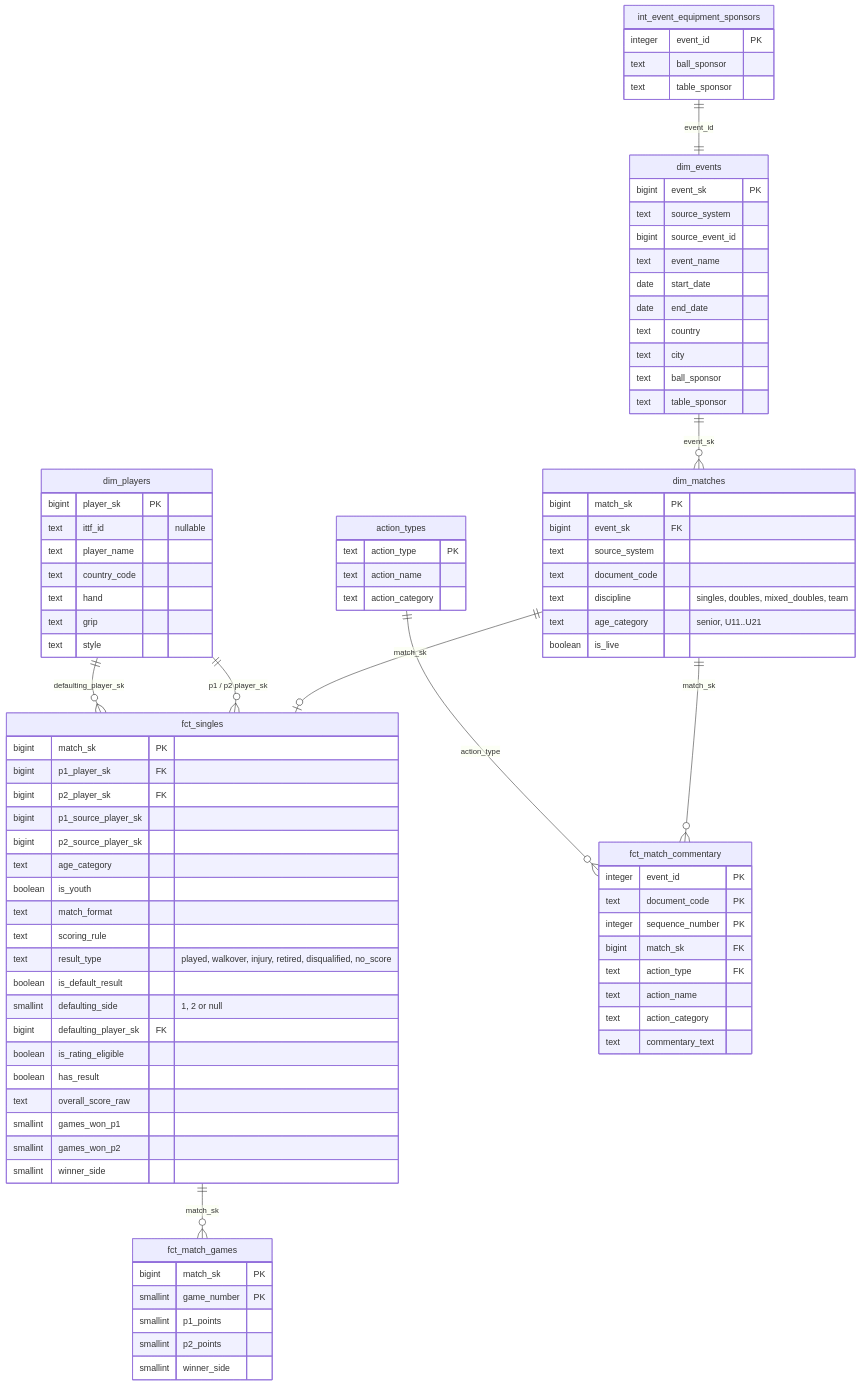
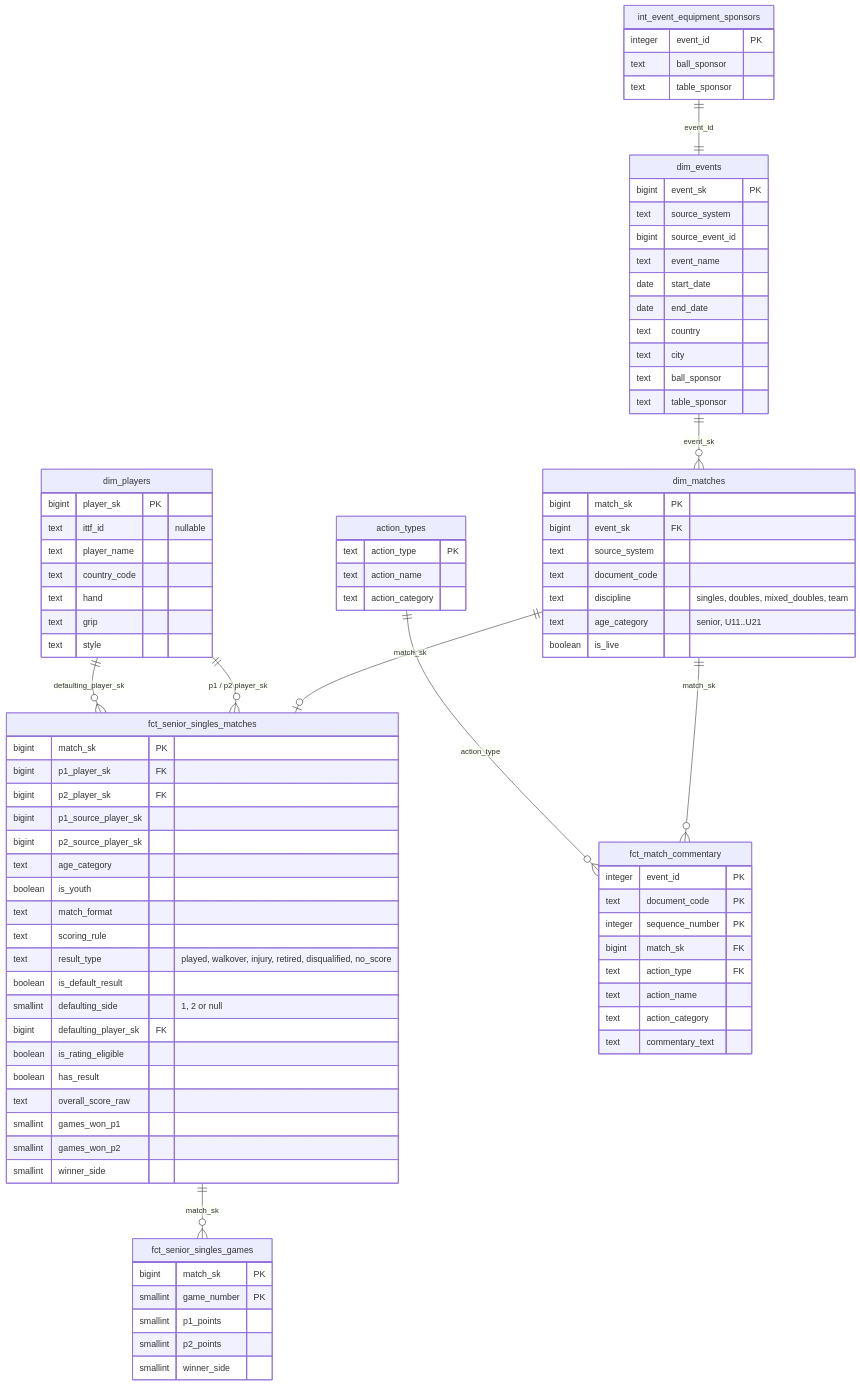
One commit to mannegarn/table-tennis-analytics changed the diagram in docs/database-design.md. Above: the diagram before and after it, drawn with Mermaid. The commit also changed other lines of this file and 5 other files, not shown here.

````diff
--- a/docs/database-design.md
+++ b/docs/database-design.md
@@ -127,10 +127,10 @@
 ```mermaid
 erDiagram
     dim_events ||--o{ dim_matches : "event_sk"
-    dim_matches ||--o| fct_singles : "match_sk"
-    dim_players ||--o{ fct_singles : "p1 / p2 player_sk"
-    dim_players ||--o{ fct_singles : "defaulting_player_sk"
-    fct_singles ||--o{ fct_match_games : "match_sk"
+    dim_matches ||--o| fct_senior_singles_matches : "match_sk"
+    dim_players ||--o{ fct_senior_singles_matches : "p1 / p2 player_sk"
+    dim_players ||--o{ fct_senior_singles_matches : "defaulting_player_sk"
+    fct_senior_singles_matches ||--o{ fct_senior_singles_games : "match_sk"
     dim_matches ||--o{ fct_match_commentary : "match_sk"
     action_types ||--o{ fct_match_commentary : "action_type"
     int_event_equipment_sponsors ||--|| dim_events : "event_id"
@@ -168,7 +168,7 @@
         boolean is_live
     }
 
-    fct_singles {
+    fct_senior_singles_matches {
         bigint match_sk PK
         bigint p1_player_sk FK
         bigint p2_player_sk FK
@@ -190,7 +190,7 @@
         smallint winner_side
     }
 
-    fct_match_games {
+    fct_senior_singles_games {
         bigint match_sk PK
         smallint game_number PK
         smallint p1_points
````
